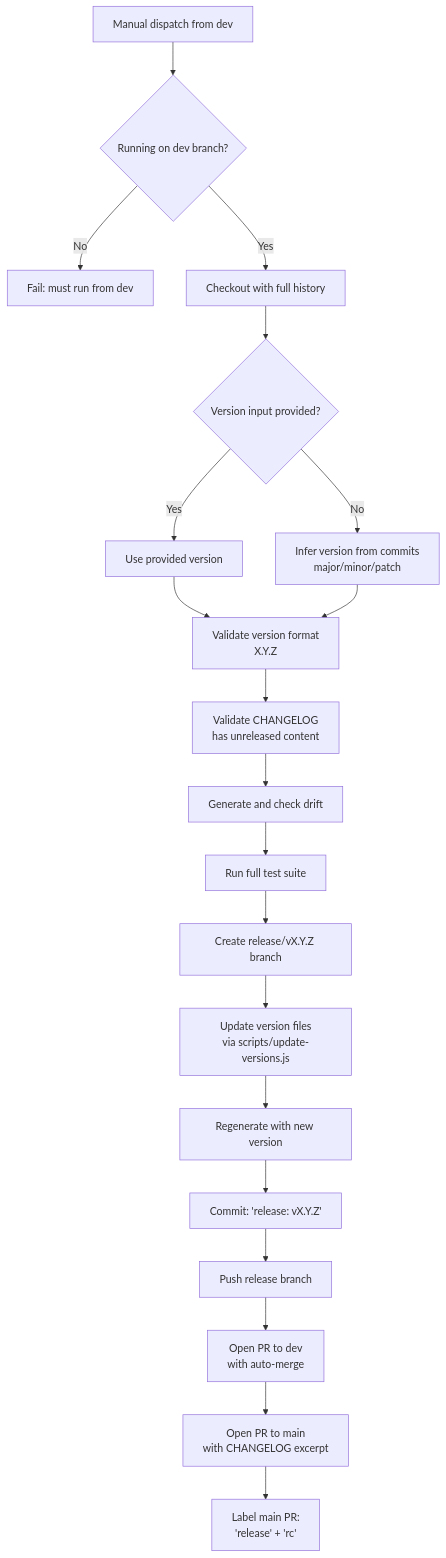
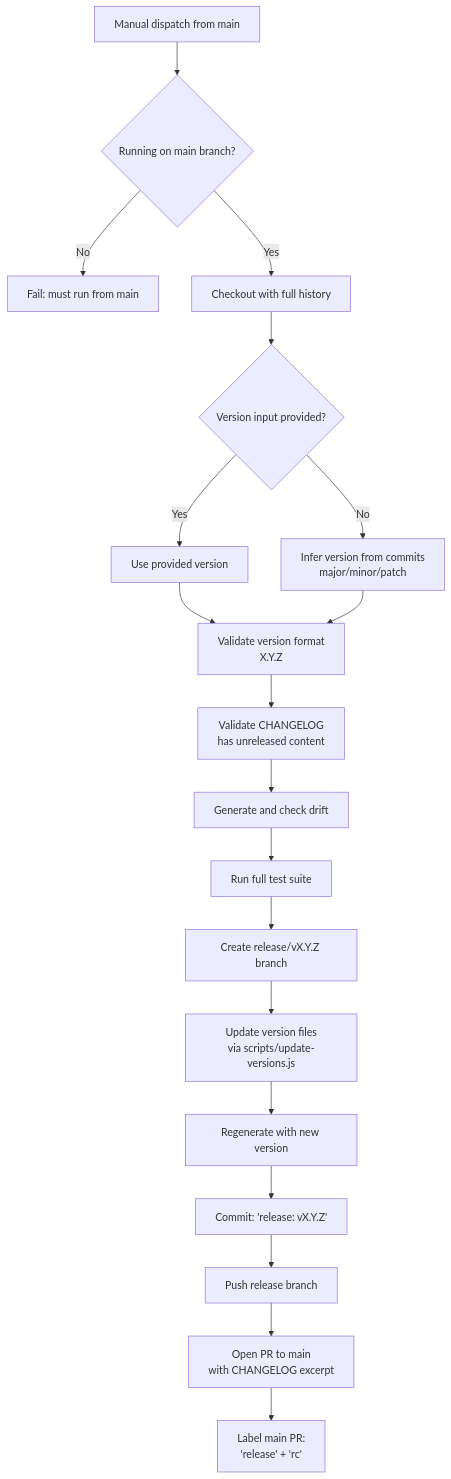
Before and after one commit to josstei/maestro-orchestrate: the fifth of 9 diagrams in docs/cicd.md, drawn with Mermaid. The commit also changed other lines of this file and 5 other files, not shown here.

````diff
--- a/docs/cicd.md
+++ b/docs/cicd.md
@@ -242,22 +241,21 @@
 ```mermaid
 graph TD
-    A["Manual dispatch from dev"] --> B{"Running on dev branch?"}
-    B --> |"No"| C["Fail: must run from dev"]
+    A["Manual dispatch from main"] --> B{"Running on main branch?"}
+    B --> |"No"| C["Fail: must run from main"]
     B --> |"Yes"| D["Checkout with full history"]
     D --> E{"Version input provided?"}
     E --> |"Yes"| F["Use provided version"]
     E --> |"No"| G["Infer version from commits<br/>major/minor/patch"]
     F --> H["Validate version format<br/>X.Y.Z"]
     G --> H
     H --> I["Validate CHANGELOG<br/>has unreleased content"]
     I --> J["Generate and check drift"]
     J --> K["Run full test suite"]
     K --> L["Create release/vX.Y.Z branch"]
     L --> M["Update version files<br/>via scripts/update-versions.js"]
     M --> N["Regenerate with new version"]
     N --> O["Commit: 'release: vX.Y.Z'"]
     O --> P["Push release branch"]
-    P --> Q["Open PR to dev<br/>with auto-merge"]
-    Q --> R["Open PR to main<br/>with CHANGELOG excerpt"]
-    R --> S["Label main PR:<br/>'release' + 'rc'"]
+    P --> Q["Open PR to main<br/>with CHANGELOG excerpt"]
+    Q --> R["Label main PR:<br/>'release' + 'rc'"]
 ```
````
